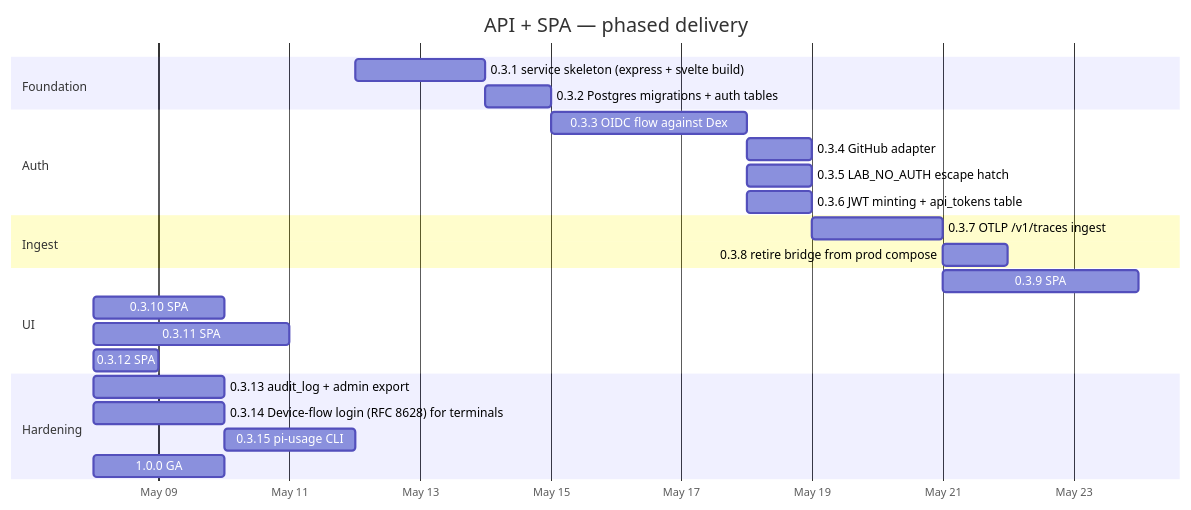
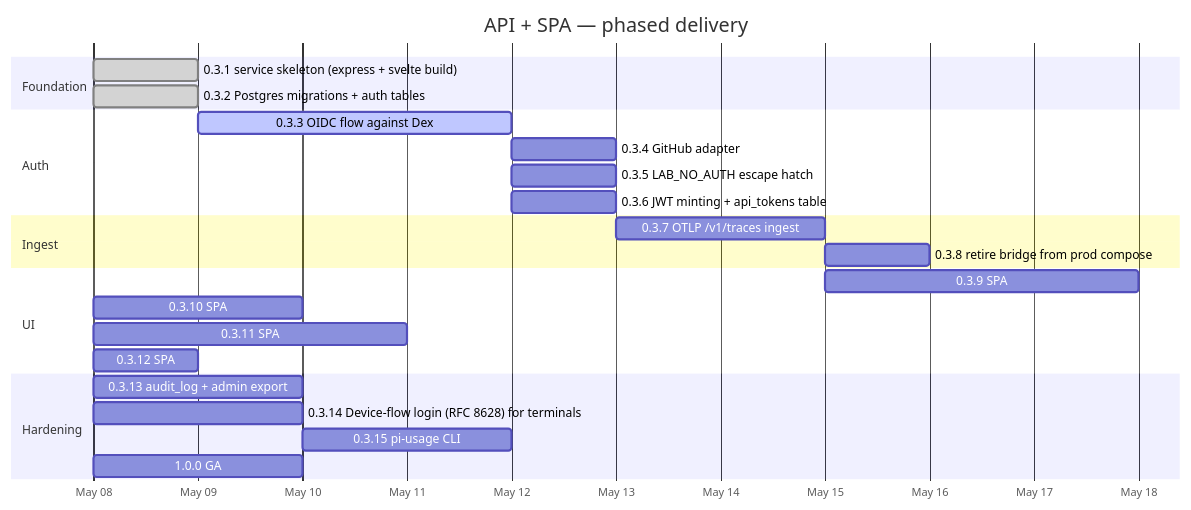
One commit to vilosource/agent-spend-dashboard changed the sixth of 6 diagrams in docs/design/api-and-spa-DESIGN.md. Above: the diagram before and after it, drawn with Mermaid. The commit also changed other lines of this file and 1 other file, not shown here.

````diff
--- a/docs/design/api-and-spa-DESIGN.md
+++ b/docs/design/api-and-spa-DESIGN.md
@@ -826,27 +826,27 @@
 ```mermaid
 gantt
    title API + SPA — phased delivery
    dateFormat YYYY-MM-DD
    axisFormat %b %d
    section Foundation
-   0.3.1 service skeleton (express + svelte build)  :p1, 2026-05-12, 2d
-   0.3.2 Postgres migrations + auth tables           :p2, after p1, 1d
+   0.3.1 service skeleton (express + svelte build)  :done, p1, 2026-05-08, 1d
+   0.3.2 Postgres migrations + auth tables           :done, p2, 2026-05-08, 1d
    section Auth
-   0.3.3 OIDC flow against Dex                       :p3, after p2, 3d
+   0.3.3 OIDC flow against Dex                       :active, p3, after p2, 3d
    0.3.4 GitHub adapter                              :p4, after p3, 1d
    0.3.5 LAB_NO_AUTH escape hatch                    :p5, after p3, 1d
    0.3.6 JWT minting + api_tokens table              :p6, after p3, 1d
    section Ingest
    0.3.7 OTLP /v1/traces ingest                      :p7, after p6, 2d
    0.3.8 retire bridge from prod compose             :p8, after p7, 1d
    section UI
    0.3.9 SPA: Login + /me page                       :p9, after p7, 3d
    0.3.10 SPA: /install + token mgmt                  :p10, after p9, 2d
    0.3.11 SPA: /team and /admin pages                 :p11, after p9, 3d
    0.3.12 SPA: /me/sessions/<id> drilldown            :p12, after p9, 1d
    section Hardening
    0.3.13 audit_log + admin export                    :p13, after p11, 2d
    0.3.14 Device-flow login (RFC 8628) for terminals  :p14, after p10, 2d
    0.3.15 pi-usage CLI: login/logout/whoami           :p15, after p14, 2d
    1.0.0 GA: full smoke + first-time onboarding test  :p16, after p15, 2d
 ```
````
